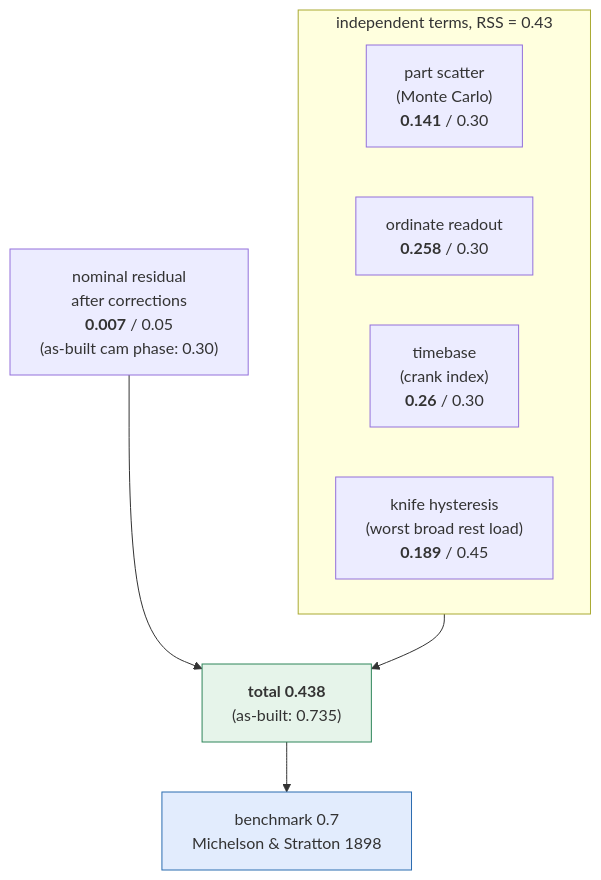
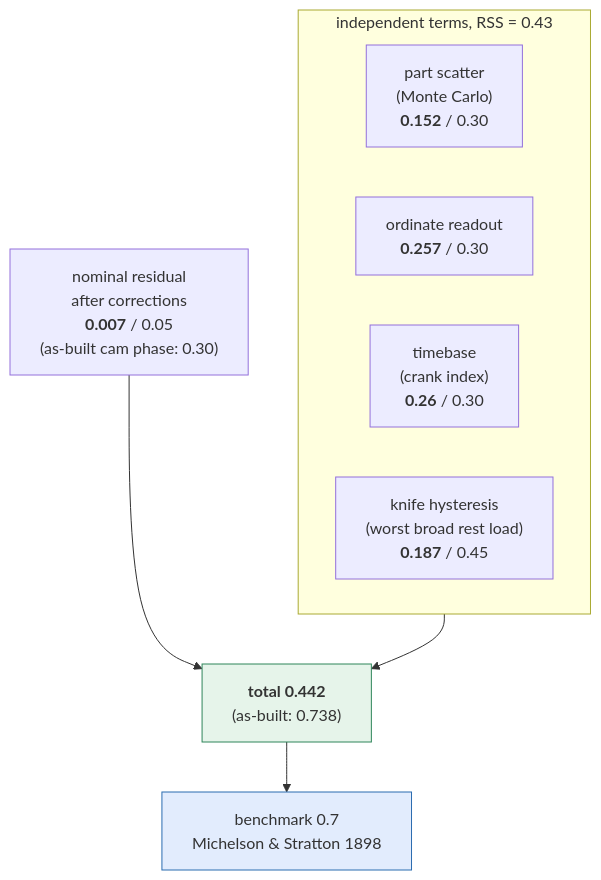
The third of 4 diagrams in cad/docs/tolerance-policy.md (pedropaulovc/harmonic-analyzer), drawn with Mermaid before and after one commit. The commit also changed other lines of this file and 3 other files, not shown here.

````diff
--- a/cad/docs/tolerance-policy.md
+++ b/cad/docs/tolerance-policy.md
@@ -325,16 +328,16 @@
 ```mermaid
 flowchart TB
     subgraph rss["independent terms, RSS = 0.43"]
         direction LR
-        s["part scatter<br/>(Monte Carlo)<br/><b>0.141</b> / 0.30"]
-        r["ordinate readout<br/><b>0.258</b> / 0.30"]
+        s["part scatter<br/>(Monte Carlo)<br/><b>0.152</b> / 0.30"]
+        r["ordinate readout<br/><b>0.257</b> / 0.30"]
         t["timebase<br/>(crank index)<br/><b>0.26</b> / 0.30"]
-        k["knife hysteresis<br/>(worst broad rest load)<br/><b>0.189</b> / 0.45"]
+        k["knife hysteresis<br/>(worst broad rest load)<br/><b>0.187</b> / 0.45"]
     end
     n["nominal residual<br/>after corrections<br/><b>0.007</b> / 0.05<br/>(as-built cam phase: 0.30)"]
-    rss --> total["<b>total 0.438</b><br/>(as-built: 0.735)"]
+    rss --> total["<b>total 0.442</b><br/>(as-built: 0.738)"]
     n --> total
     total --> bench["benchmark 0.7<br/>Michelson & Stratton 1898"]
     style total fill:#e6f4ea,stroke:#2f855a
     style bench fill:#e2ecfd,stroke:#2b6cb0
 ```
````
